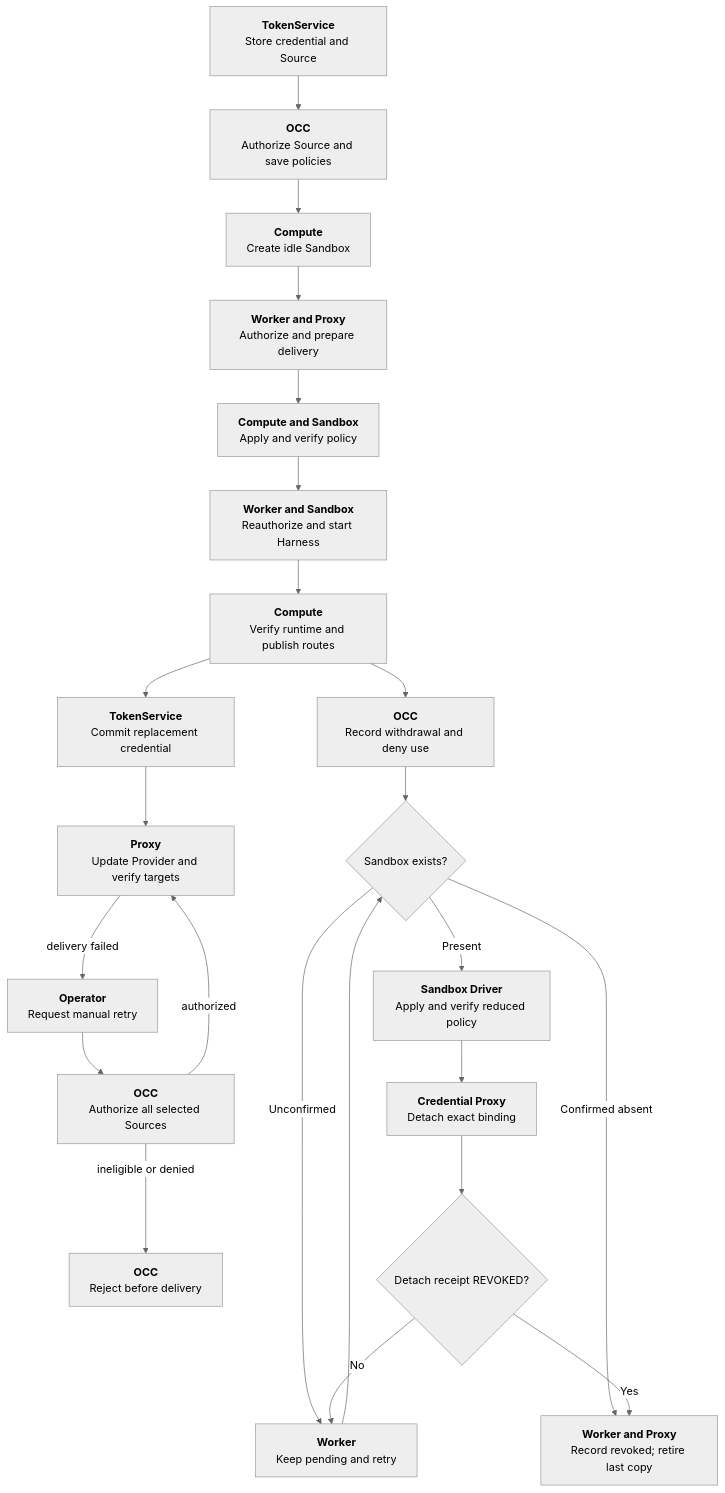
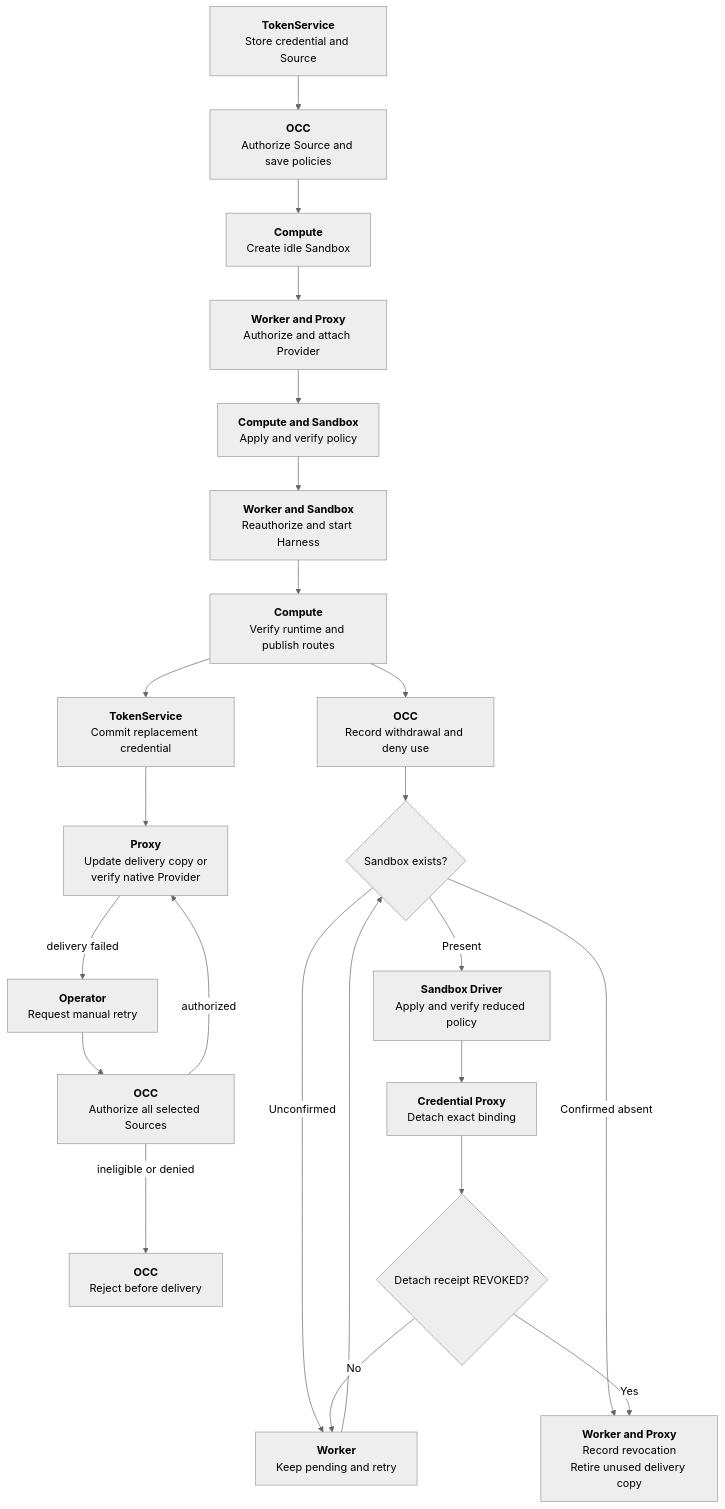
Before and after one commit to openclaw/openclaw-enterprise: the diagram in docs/flows/credential-source-lifecycle.md, drawn with Mermaid (neutral theme). The commit also changed other lines of this file and 23 other files, not shown here.

````diff
--- a/docs/flows/credential-source-lifecycle.md
+++ b/docs/flows/credential-source-lifecycle.md
@@ -23,25 +23,25 @@
 ```mermaid
 graph TD
   Register["<b>TokenService</b><br/>Store credential and Source"] --> Admit["<b>OCC</b><br/>Authorize Source and save policies"]
   Admit --> Target["<b>Compute</b><br/>Create idle Sandbox"]
-  Target --> Delivery["<b>Worker and Proxy</b><br/>Authorize and prepare delivery"]
+  Target --> Delivery["<b>Worker and Proxy</b><br/>Authorize and attach Provider"]
   Delivery --> Ready["<b>Compute and Sandbox</b><br/>Apply and verify policy"]
   Ready --> Activate["<b>Worker and Sandbox</b><br/>Reauthorize and start Harness"]
   Activate --> Traffic["<b>Compute</b><br/>Verify runtime and publish routes"]
   Traffic --> Update["<b>TokenService</b><br/>Commit replacement credential"]
-  Update --> Notify["<b>Proxy</b><br/>Update Provider and verify targets"]
+  Update --> Notify["<b>Proxy</b><br/>Update delivery copy or<br/>verify native Provider"]
   Notify -->|delivery failed| Retry["<b>Operator</b><br/>Request manual retry"]
   Retry --> Preflight["<b>OCC</b><br/>Authorize all selected Sources"]
   Preflight -->|authorized| Notify
   Preflight -->|ineligible or denied| Reject["<b>OCC</b><br/>Reject before delivery"]
   Traffic --> Deny["<b>OCC</b><br/>Record withdrawal and deny use"]
   Deny --> WithdrawalTarget{"Sandbox exists?"}
   WithdrawalTarget -->|Present| Policy["<b>Sandbox Driver</b><br/>Apply and verify reduced policy"]
   WithdrawalTarget -->|Confirmed absent| Complete
   WithdrawalTarget -->|Unconfirmed| Pending
   Policy --> Detach["<b>Credential Proxy</b><br/>Detach exact binding"]
   Detach --> Receipt{"Detach receipt REVOKED?"}
   Receipt -->|No| Pending["<b>Worker</b><br/>Keep pending and retry"]
   Pending --> WithdrawalTarget
-  Receipt -->|Yes| Complete["<b>Worker and Proxy</b><br/>Record revoked; retire last copy"]
+  Receipt -->|Yes| Complete["<b>Worker and Proxy</b><br/>Record revocation<br/>Retire unused delivery copy"]
 ```
````
